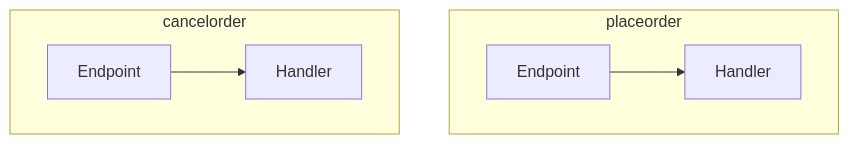
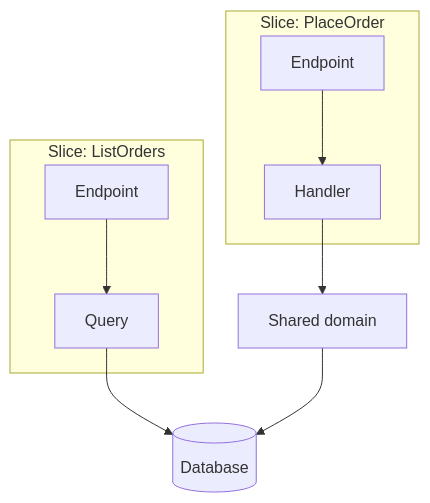
One commit to Bezugsmolluske/knowledge-base changed the diagram in Backend/Use case patterns/Vertical Slice.md. Above: the diagram before and after it, drawn with Mermaid. The commit also changed other lines of this file and 15 other files, not shown here.

````diff
--- a/Backend/Use case patterns/Vertical Slice.md
+++ b/Backend/Use case patterns/Vertical Slice.md
@@ -20,9 +29,12 @@
 ```mermaid
 graph TD
-subgraph placeorder
+subgraph placeorder [Slice: PlaceOrder]
   E1[Endpoint] --> H1[Handler]
 end
-subgraph cancelorder
-  E2[Endpoint] --> H2[Handler]
+subgraph listorders [Slice: ListOrders]
+  E2[Endpoint] --> H2[Query]
 end
+H1 --> D[Shared domain]
+H2 --> DB[(Database)]
+D --> DB
 ```
````
